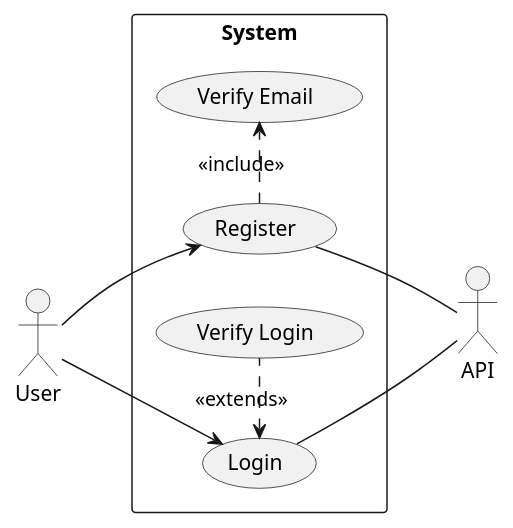
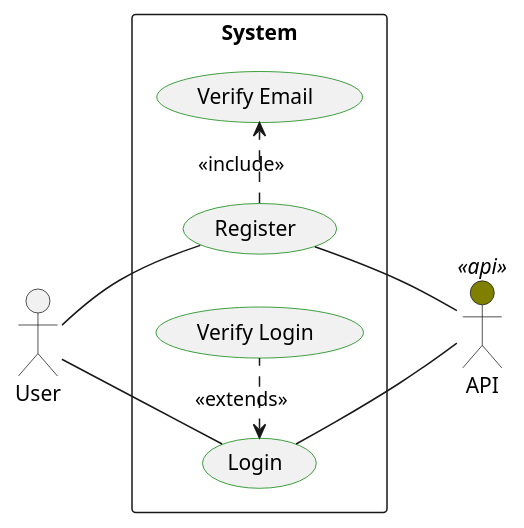
The diagram in Docs/Use-cases.plantuml (blackout1471/trust-us-school), drawn with PlantUML before and after one commit. The commit also changed 16 other files, not shown here.

First line of the commit message:
Misuse diagram (#14)

```diff
--- a/Docs/Use-cases.plantuml
+++ b/Docs/Use-cases.plantuml
@@ -1,25 +1,33 @@
 @startuml Use cases
 left to right direction
 
 "User" as user
-"API" as api
+"API" <<api>> as api
+
+skinparam usecase {
+    bordercolor green
+}
+
+skinparam actor {
+    backgroundcolor<<api>> olive
+}
 
 
 rectangle System {
     usecase "Login" as u1
     usecase "Register" as u2
     usecase "Verify Email" as u3
     usecase "Verify Login" as u4
 }
 
-user --> u1
-user --> u2
+user -- u1
+user -- u2
 
 u2 .> u3: <<include>>
 u1 <. u4: <<extends>>
 
 u1 -- api
 u2 -- api
 
 
 @enduml
```
